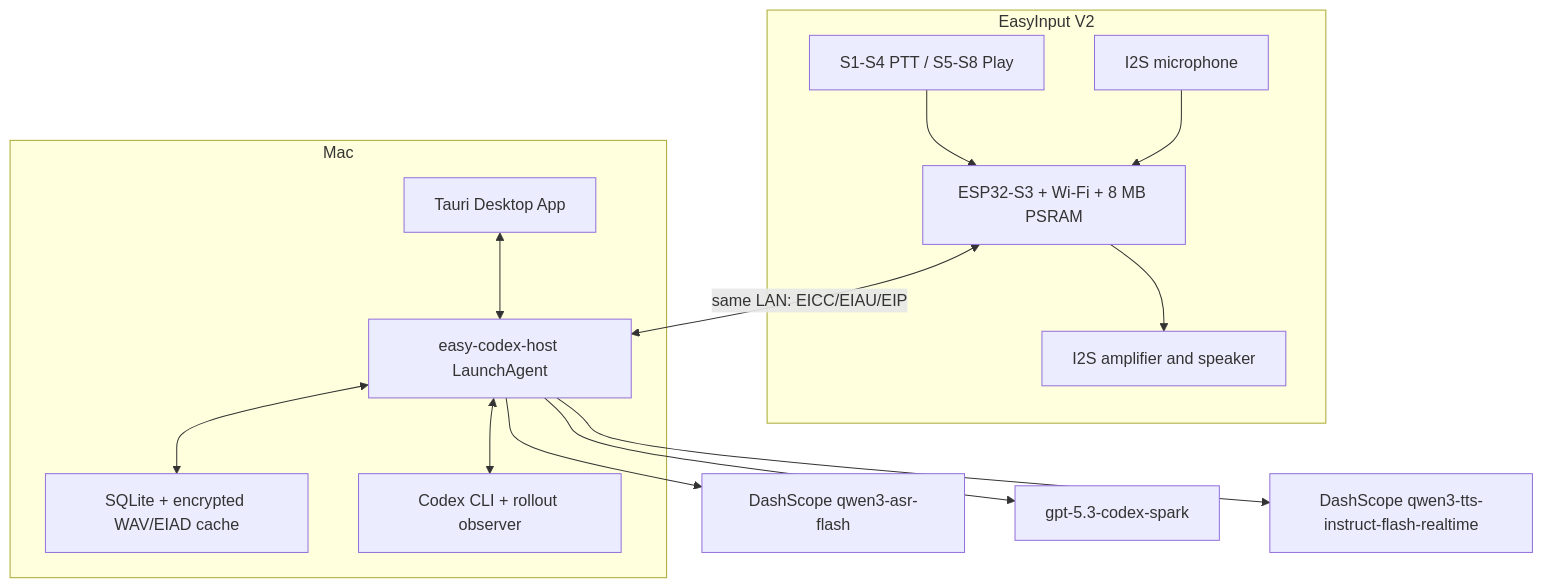
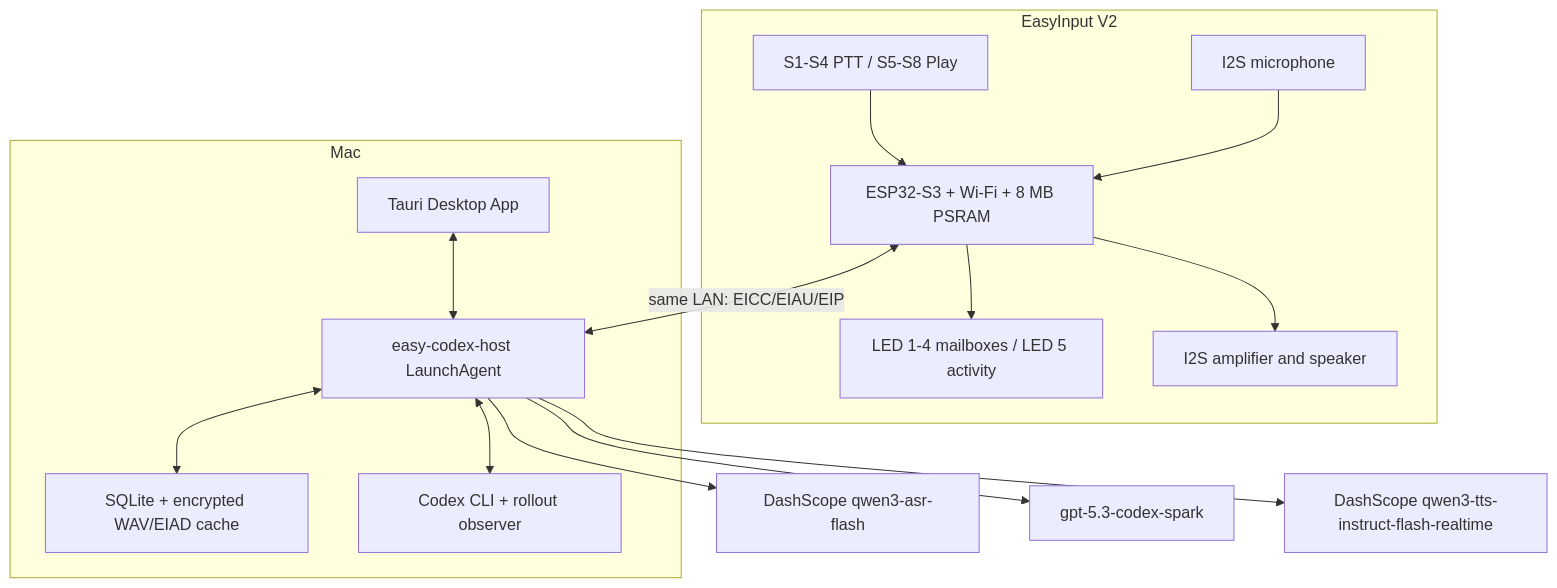
The first of 3 diagrams in docs/端到端架构.md (Larkspur-Wang/Codex_Keyboard), drawn with Mermaid before and after one commit. The commit also changed other lines of this file and 37 other files, not shown here.

Commit message:
feat: use fifth LED for task activity

````diff
--- a/docs/端到端架构.md
+++ b/docs/端到端架构.md
@@ -5,31 +5,33 @@
 ```mermaid
 flowchart TB
     subgraph Keyboard["EasyInput V2"]
         KEYS["S1-S4 PTT / S5-S8 Play"]
         MIC["I2S microphone"]
         ESP["ESP32-S3 + Wi-Fi + 8 MB PSRAM"]
+        LED["LED 1-4 mailboxes / LED 5 activity"]
         SPK["I2S amplifier and speaker"]
         KEYS --> ESP
         MIC --> ESP
         ESP --> SPK
+        ESP --> LED
     end
 
     subgraph Mac["Mac"]
         APP["Tauri Desktop App"]
         HOST["easy-codex-host LaunchAgent"]
         DB["SQLite + encrypted WAV/EIAD cache"]
         CODEX["Codex CLI + rollout observer"]
         APP <--> HOST
         HOST <--> DB
         HOST <--> CODEX
     end
 
     ASR["DashScope qwen3-asr-flash"]
     SPARK["gpt-5.3-codex-spark"]
     TTS["DashScope qwen3-tts-instruct-flash-realtime"]
 
     ESP <-->|"same LAN: EICC/EIAU/EIP"| HOST
     HOST --> ASR
     HOST --> SPARK
     HOST --> TTS
 ```
````
